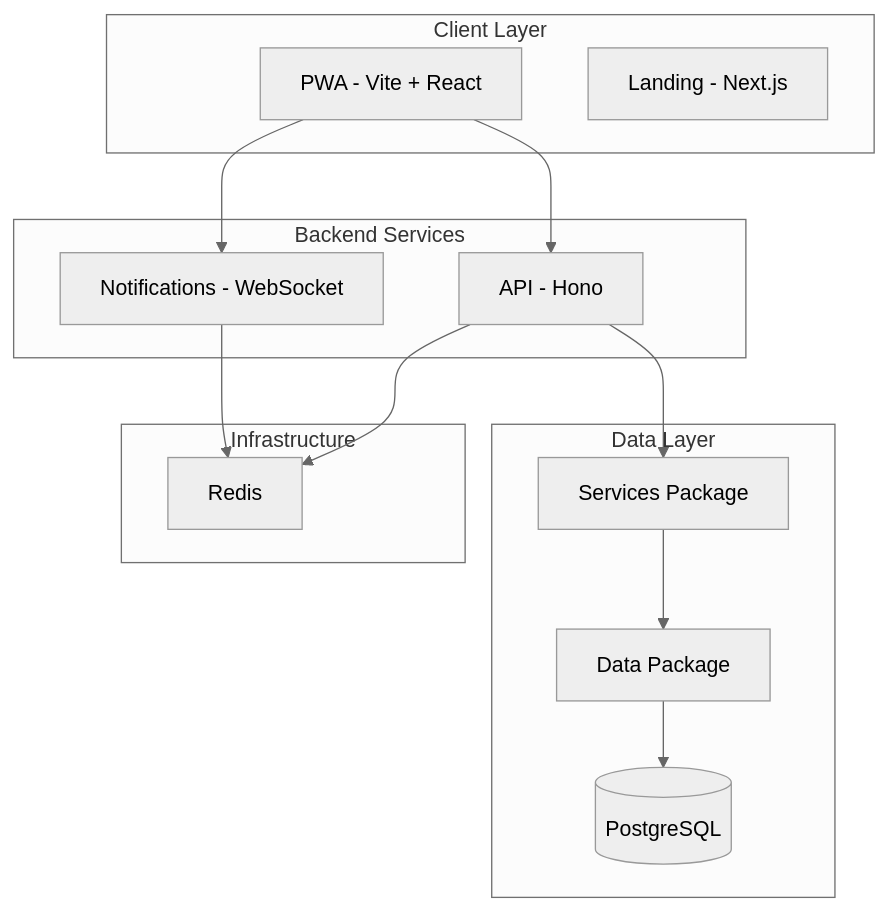
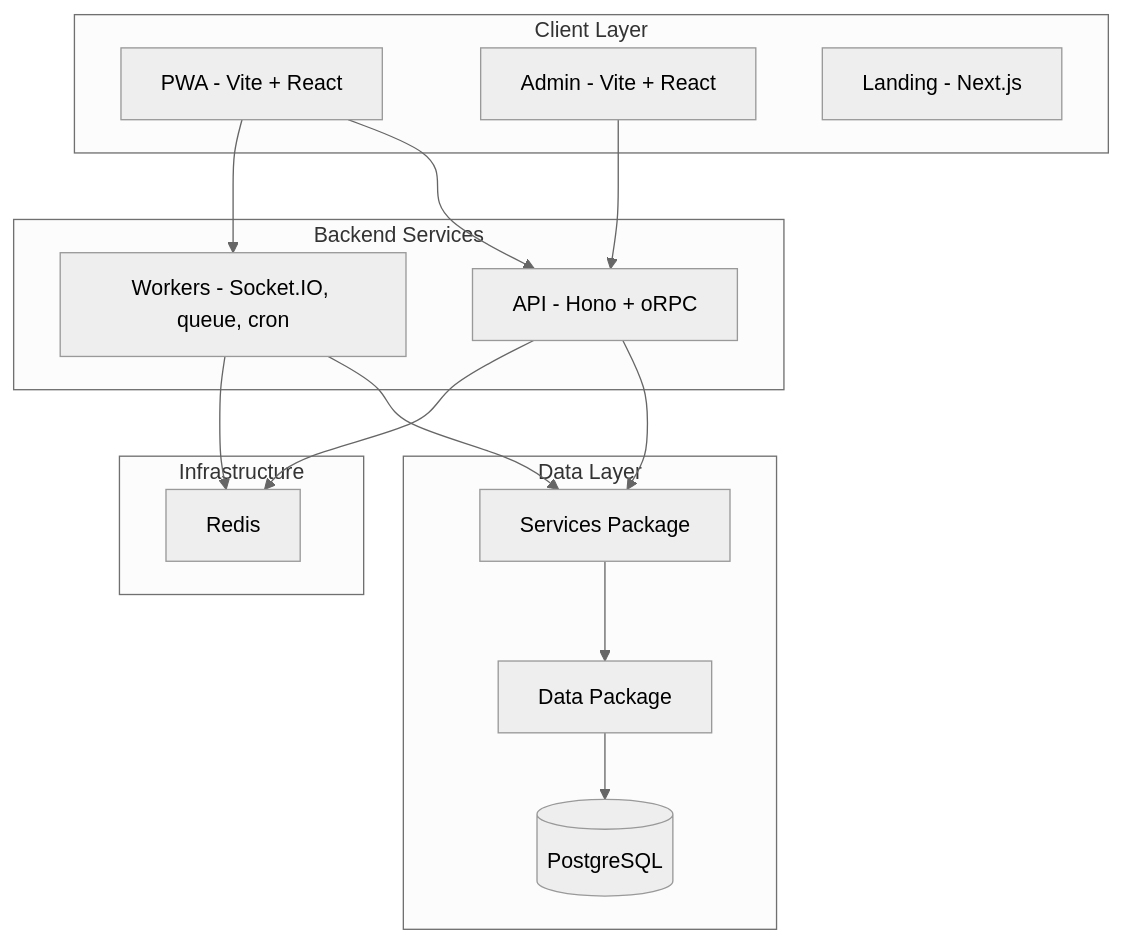
The second of 2 diagrams in README.md (incentyvise/tabit), drawn with Mermaid (neutral theme) before and after one commit. The commit also changed other lines of this file, not shown here.

Commit message:
docs: update README for workers, admin, Doppler and cloud compose

````diff
--- a/README.md
+++ b/README.md
@@ -217,30 +234,33 @@
 ```mermaid
 graph TB
     subgraph client [Client Layer]
         PWA[PWA - Vite + React]
+        Admin[Admin - Vite + React]
         Web[Landing - Next.js]
     end
 
     subgraph backend [Backend Services]
-        API[API - Hono]
-        Notifications[Notifications - WebSocket]
+        API[API - Hono + oRPC]
+        Workers[Workers - Socket.IO, queue, cron]
     end
 
     subgraph data [Data Layer]
         Services[Services Package]
         Data[Data Package]
         DB[(PostgreSQL)]
     end
 
     subgraph infra [Infrastructure]
         Redis[Redis]
     end
 
     PWA --> API
-    PWA --> Notifications
+    PWA --> Workers
+    Admin --> API
     API --> Services
-    Notifications --> Redis
+    Workers --> Services
+    Workers --> Redis
     API --> Redis
     Services --> Data
     Data --> DB
 ```
````
